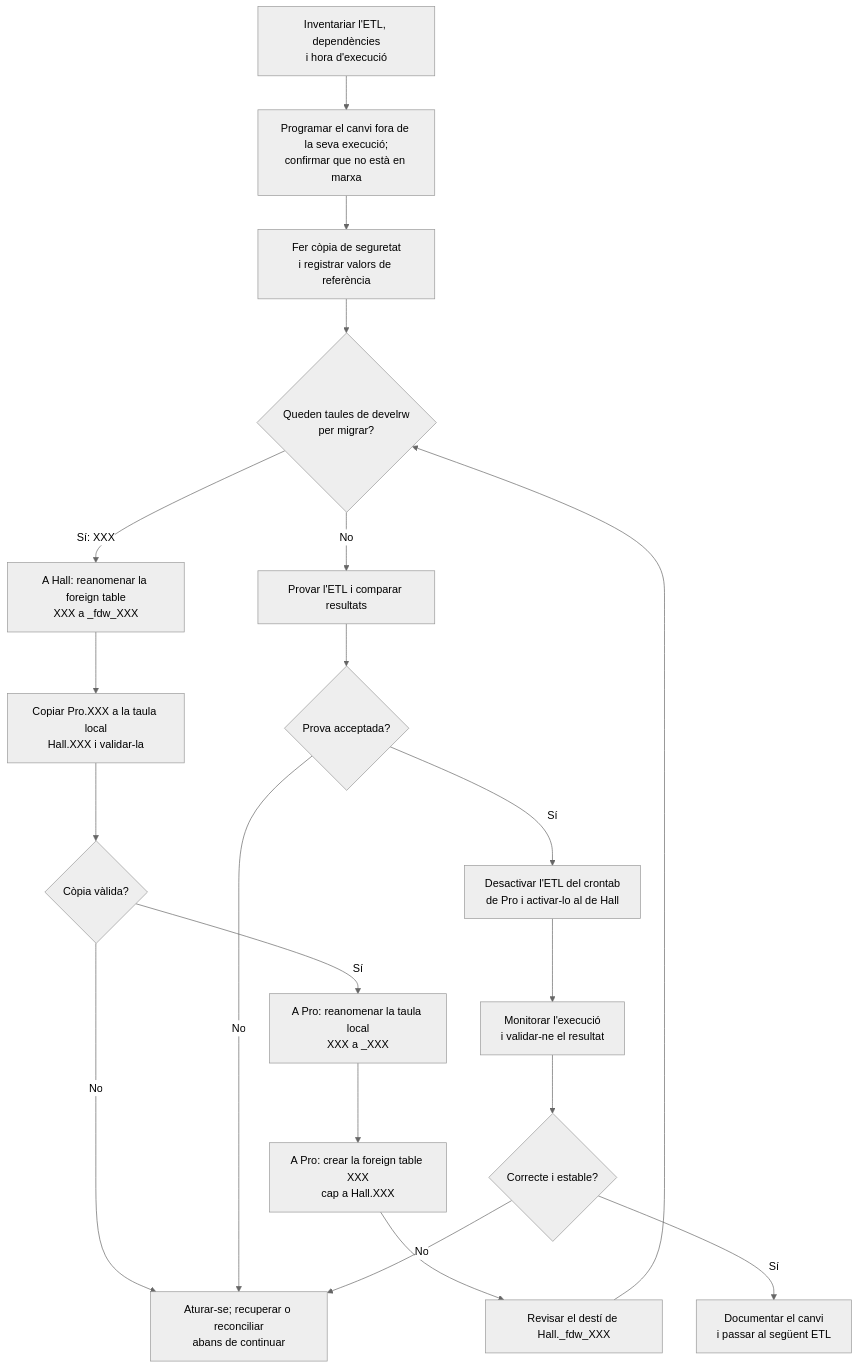
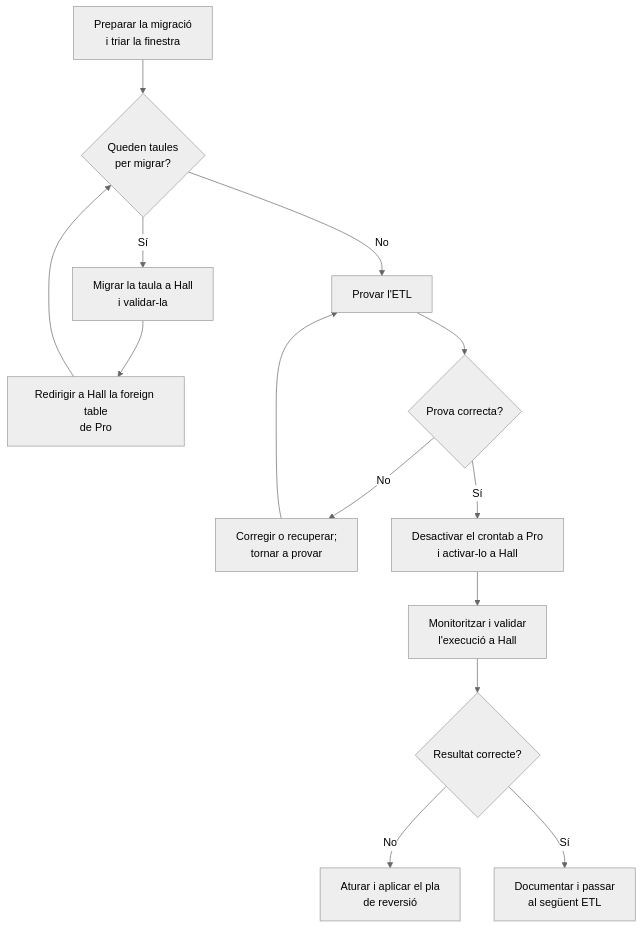
Before and after one commit to lenergetica/le-tech-knowledge-base: the diagram in docs/01/Postgres/migrar-scripts-etl-de-pro-a-hall.md, drawn with Mermaid (neutral theme).

Commit message:
refactor: Simplify ETL migration flowchart for improved clarity and process efficiency

````diff
--- a/docs/01/Postgres/migrar-scripts-etl-de-pro-a-hall.md
+++ b/docs/01/Postgres/migrar-scripts-etl-de-pro-a-hall.md
@@ -34,22 +34,16 @@
 ```mermaid
 flowchart TD
-    A["Inventariar l'ETL, dependències<br/>i hora d'execució"] --> B["Programar el canvi fora de la seva execució;<br/>confirmar que no està en marxa"]
-    B --> C["Fer còpia de seguretat<br/>i registrar valors de referència"]
-    C --> D{"Queden taules de develrw<br/>per migrar?"}
-    D -- "Sí: XXX" --> E["A Hall: reanomenar la foreign table<br/>XXX a _fdw_XXX"]
-    E --> F["Copiar Pro.XXX a la taula local<br/>Hall.XXX i validar-la"]
-    F --> G{"Còpia vàlida?"}
-    G -- "No" --> H["Aturar-se; recuperar o reconciliar<br/>abans de continuar"]
-    G -- "Sí" --> I["A Pro: reanomenar la taula local<br/>XXX a _XXX"]
-    I --> J["A Pro: crear la foreign table XXX<br/>cap a Hall.XXX"]
-    J --> K["Revisar el destí de Hall._fdw_XXX"]
-    K --> D
-    D -- "No" --> L["Provar l'ETL i comparar resultats"]
-    L --> M{"Prova acceptada?"}
-    M -- "No" --> H
-    M -- "Sí" --> N["Desactivar l'ETL del crontab<br/>de Pro i activar-lo al de Hall"]
-    N --> O["Monitorar l'execució<br/>i validar-ne el resultat"]
-    O --> P{"Correcte i estable?"}
-    P -- "No" --> H
-    P -- "Sí" --> Q["Documentar el canvi<br/>i passar al següent ETL"]
+    A["Preparar la migració<br/>i triar la finestra"] --> B{"Queden taules<br/>per migrar?"}
+    B -- "Sí" --> C["Migrar la taula a Hall<br/>i validar-la"]
+    C --> D["Redirigir a Hall la foreign table<br/>de Pro"]
+    D --> B
+    B -- "No" --> E["Provar l'ETL"]
+    E --> F{"Prova correcta?"}
+    F -- "No" --> G["Corregir o recuperar;<br/>tornar a provar"]
+    G --> E
+    F -- "Sí" --> H["Desactivar el crontab a Pro<br/>i activar-lo a Hall"]
+    H --> I["Monitoritzar i validar<br/>l'execució a Hall"]
+    I --> J{"Resultat correcte?"}
+    J -- "No" --> K["Aturar i aplicar el pla<br/>de reversió"]
+    J -- "Sí" --> L["Documentar i passar<br/>al següent ETL"]
 ```
````
